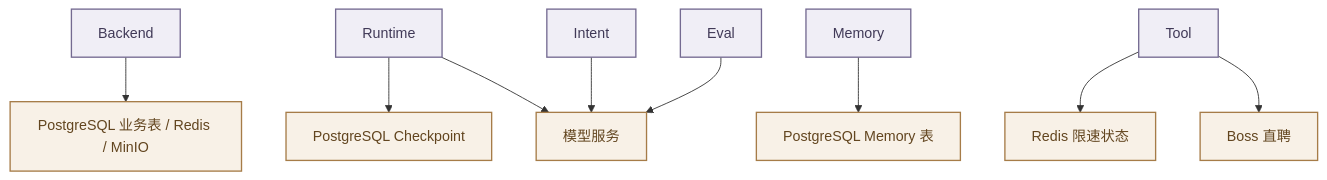
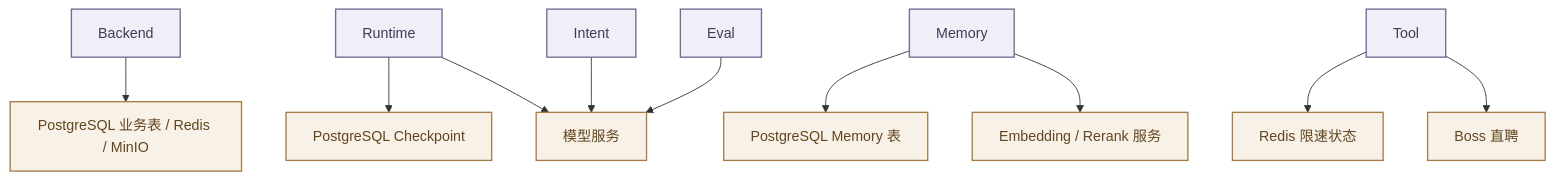
One commit to Logistic98/job-buddy changed the second of 4 diagrams in agent-doc/架构设计/系统架构与核心链路.md. Above: the diagram before and after it, drawn with Mermaid. The commit also changed other lines of this file and 28 other files, not shown here.

````diff
--- a/agent-doc/架构设计/系统架构与核心链路.md
+++ b/agent-doc/架构设计/系统架构与核心链路.md
@@ -75,16 +75,17 @@
 ```mermaid
 graph TD
     BACKEND[Backend] --> BDATA["PostgreSQL 业务表 / Redis / MinIO"]
     RUNTIME[Runtime] --> CHECKPOINT["PostgreSQL Checkpoint"]
     MEMORY[Memory] --> MDATA["PostgreSQL Memory 表"]
+    MEMORY --> RETRIEVAL_MODEL["Embedding / Rerank 服务"]
     TOOL[Tool] --> TDATA["Redis 限速状态"]
     TOOL --> BOSS["Boss 直聘"]
     RUNTIME --> MODEL[模型服务]
     INTENT[Intent] --> MODEL
     EVAL[Eval] --> MODEL
 
     classDef service fill:#F0EEF6,stroke:#746A91,color:#403957,stroke-width:1.5px;
     classDef resource fill:#F8F1E7,stroke:#A67C48,color:#62451F,stroke-width:1.5px;
     class BACKEND,RUNTIME,MEMORY,TOOL,INTENT,EVAL service;
-    class BDATA,CHECKPOINT,MDATA,TDATA,MODEL,BOSS resource;
+    class BDATA,CHECKPOINT,MDATA,TDATA,MODEL,RETRIEVAL_MODEL,BOSS resource;
 ```
````
